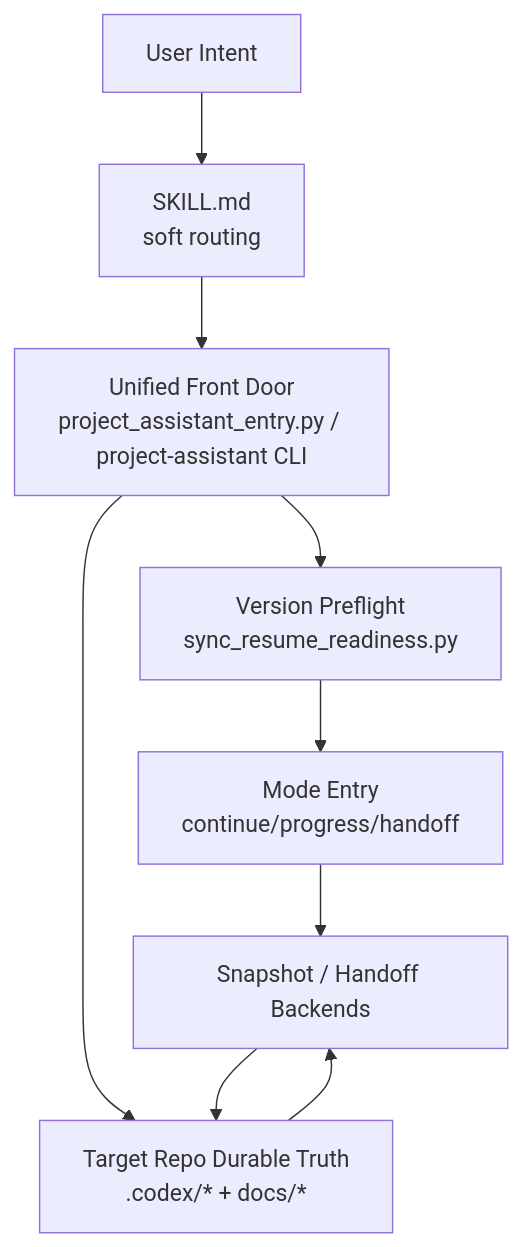
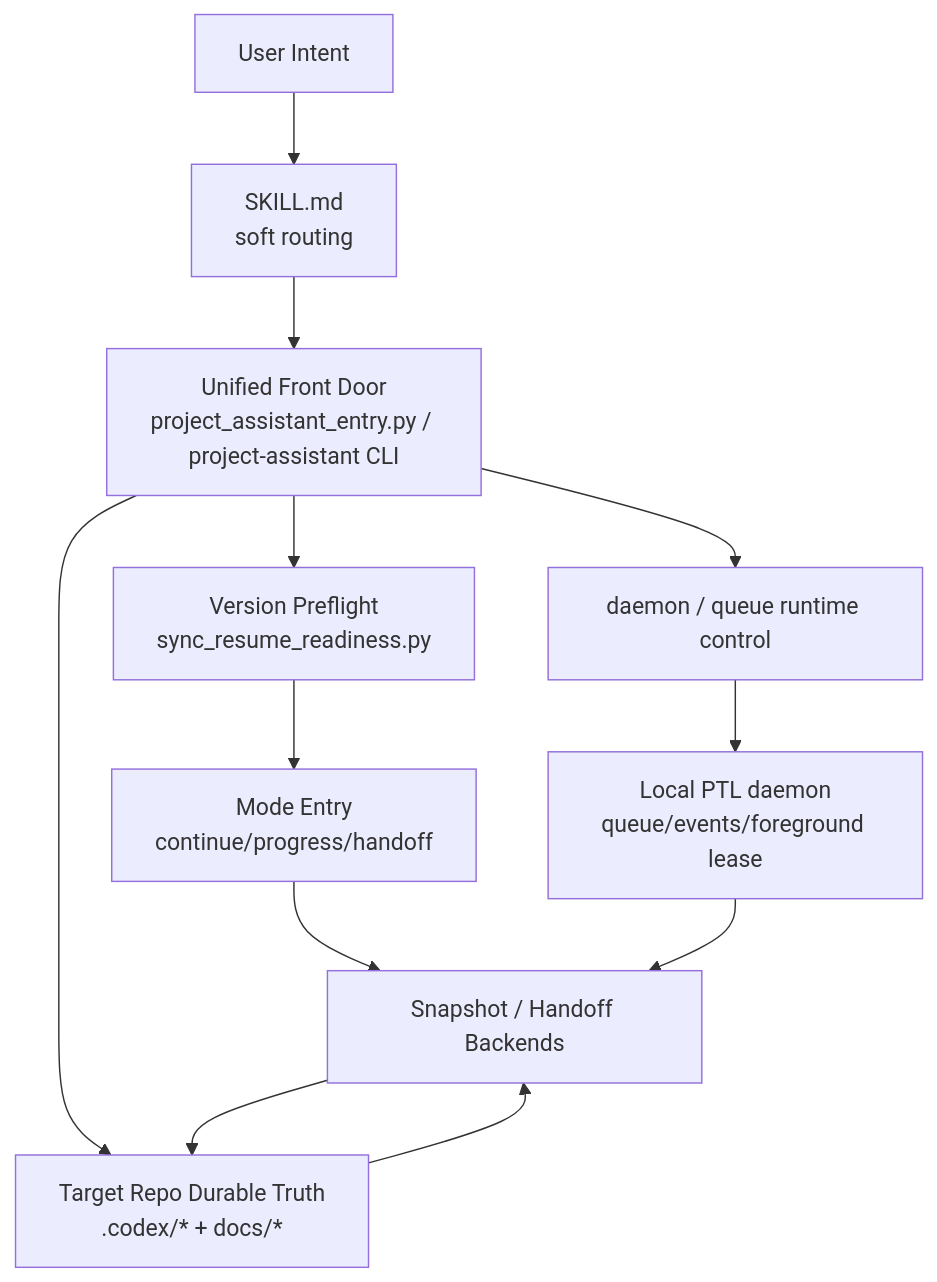
One commit to redcreen/project-assistant changed the first of 2 diagrams in docs/architecture.md. Above: the diagram before and after it, drawn with Mermaid. The commit also changed other lines of this file and 62 other files, not shown here.

````diff
--- a/docs/architecture.md
+++ b/docs/architecture.md
@@ -17,11 +19,14 @@
 ```mermaid
 flowchart TB
     U["User Intent"] --> S["SKILL.md\nsoft routing"]
     S --> F["Unified Front Door\nproject_assistant_entry.py / project-assistant CLI"]
     F --> P["Version Preflight\nsync_resume_readiness.py"]
     F --> T["Transaction Fast Path\nbootstrap/retrofit"]
+    F --> D["daemon / queue runtime control"]
+    D --> Q["Local PTL daemon\nqueue/events/foreground lease"]
     P --> E["Mode Entry\ncontinue/progress/handoff"]
     T --> R["Bootstrap / Retrofit Backends"]
     E --> R["Snapshot / Handoff Backends"]
+    Q --> R
     R --> T["Target Repo Durable Truth\n.codex/* + docs/*"]
 ```
````
